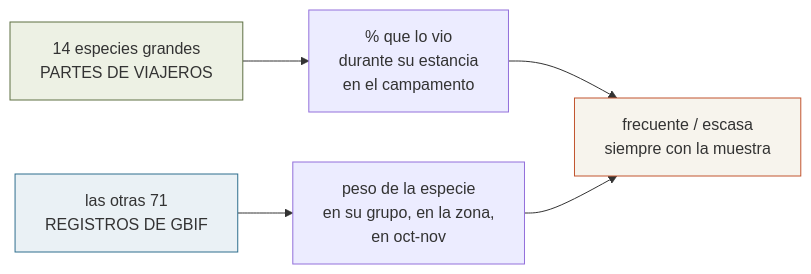
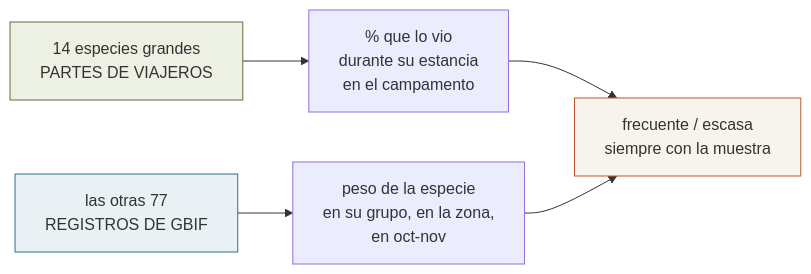
Before and after one commit to morandeirachema/namibia: the diagram in 09-fauna-etosha.md, drawn with Mermaid. The commit also changed other lines of this file and 19 other files, not shown here.

````diff
--- a/09-fauna-etosha.md
+++ b/09-fauna-etosha.md
@@ -40,10 +40,10 @@
 ```mermaid
 flowchart LR
     A["14 especies grandes<br/>PARTES DE VIAJEROS"] --> A1["% que lo vio<br/>durante su estancia<br/>en el campamento"]
-    B["las otras 71<br/>REGISTROS DE GBIF"] --> B1["peso de la especie<br/>en su grupo, en la zona,<br/>en oct-nov"]
+    B["las otras 77<br/>REGISTROS DE GBIF"] --> B1["peso de la especie<br/>en su grupo, en la zona,<br/>en oct-nov"]
     A1 --> C["frecuente / escasa<br/>siempre con la muestra"]
     B1 --> C
     style A fill:#EDF1E4,stroke:#5F7043
     style B fill:#EAF1F5,stroke:#2F6E8E
     style C fill:#F7F4ED,stroke:#C2542F
 ```
````
